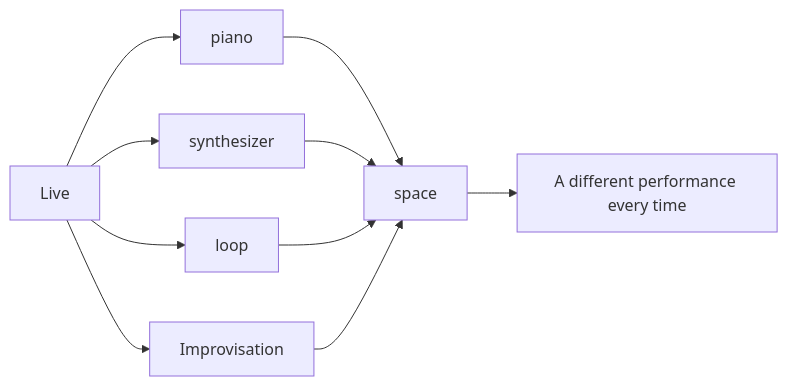
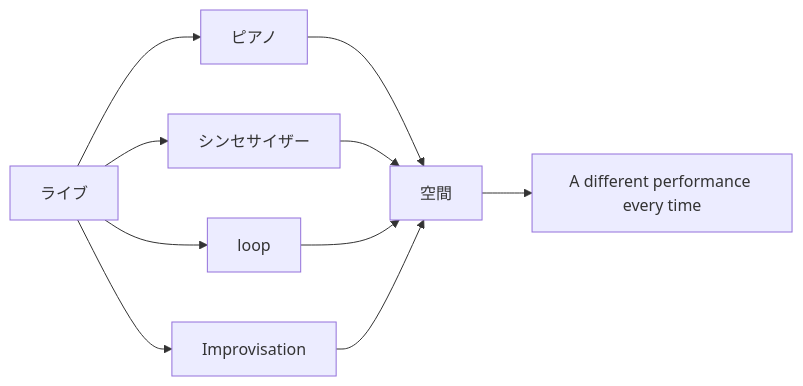
One commit to monumental-movement/monumental-movement.github.io changed the seventh of 13 diagrams in en/_posts/2026-08-05-column-hania-rani.md. Above: the diagram before and after it, drawn with Mermaid. The commit also changed other lines of this file and 2196 other files, not shown here.

```diff
--- a/en/_posts/2026-08-05-column-hania-rani.md
+++ b/en/_posts/2026-08-05-column-hania-rani.md
@@ -1101,18 +1101,18 @@
 <div class="mermaid">
 graph LR
 
-A["Live"]
+A["ライブ"]
 
-A --> B["piano"]
-A --> C["synthesizer"]
+A --> B["ピアノ"]
+A --> C["シンセサイザー"]
 A --> D["loop"]
 A --> E["Improvisation"]
 
-B --> F["space"]
+B --> F["空間"]
 C --> F
 D --> F
 E --> F
 
 F --> G["A different performance every time"]
 
 </div>
```
